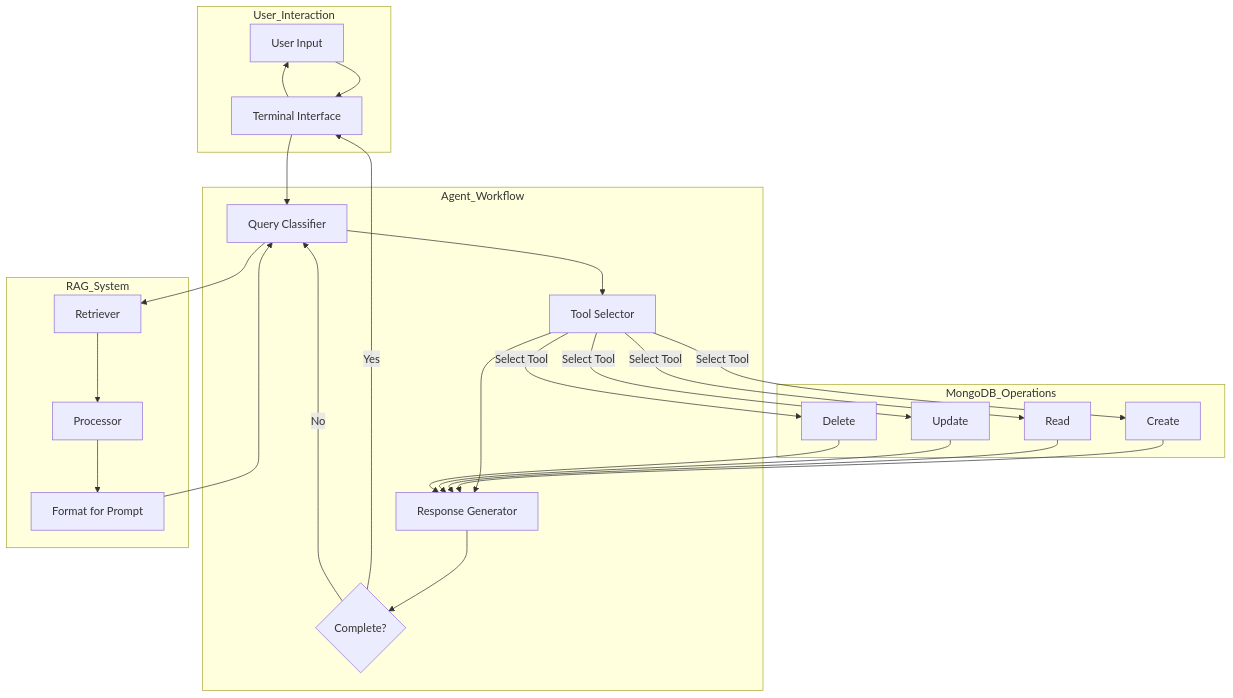
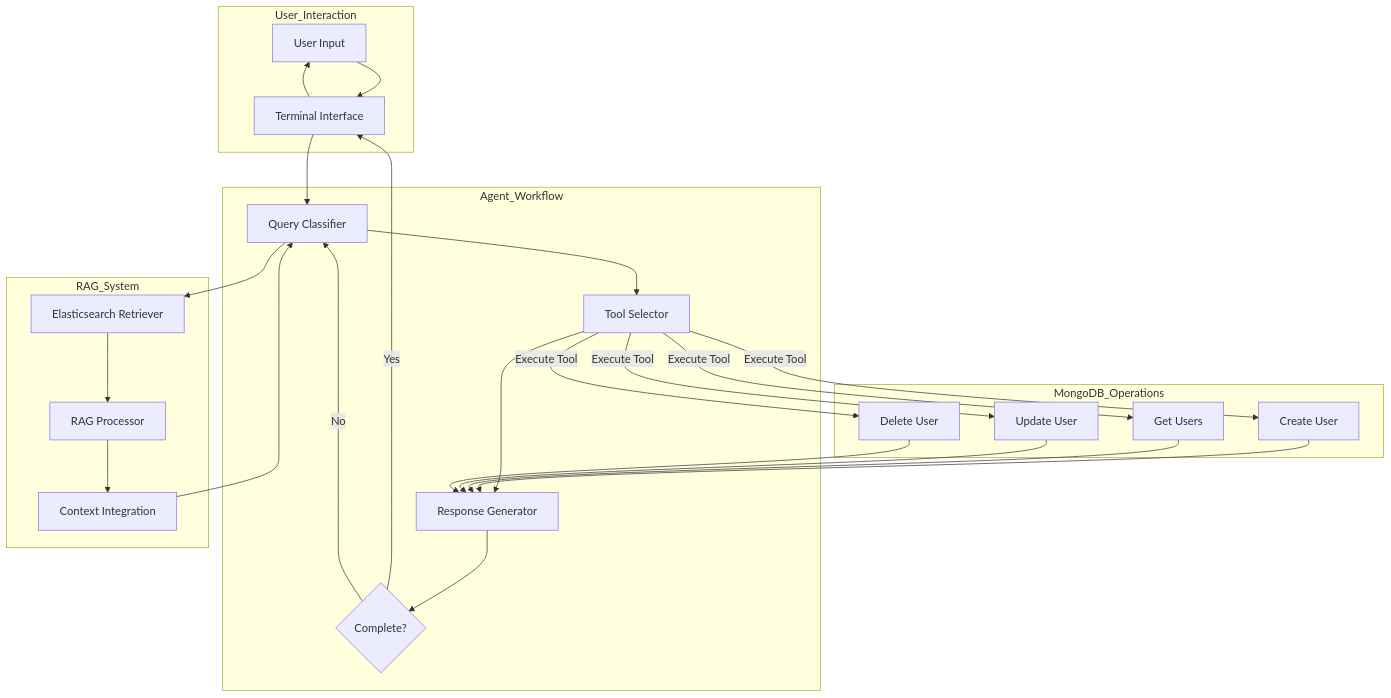
Before and after one commit to Pratham2403/chat-tool: the diagram in README.md, drawn with Mermaid. The commit also changed other lines of this file and 9 other files, not shown here.

````diff
--- a/README.md
+++ b/README.md
@@ -23,39 +23,39 @@
 ```mermaid
 graph TD
     subgraph User_Interaction
         A[User Input] --> B[Terminal Interface]
         B --> A
     end
 
     subgraph Agent_Workflow
         C[Query Classifier] --> D[Tool Selector]
         D --> E[Response Generator]
         E --> F{Complete?}
         F -->|Yes| B
         F -->|No| C
     end
 
     subgraph RAG_System
-        G[Retriever] --> H[Processor]
-        H --> I[Format for Prompt]
+        G[Elasticsearch Retriever] --> H[RAG Processor]
+        H --> I[Context Integration]
     end
 
     subgraph MongoDB_Operations
-        J[Create]
-        K[Read]
-        L[Update]
-        M[Delete]
+        J[Create User]
+        K[Get Users]
+        L[Update User]
+        M[Delete User]
     end
 
     B --> C
     C --> G
     I --> C
-    D -->|Select Tool| J
-    D -->|Select Tool| K
-    D -->|Select Tool| L
-    D -->|Select Tool| M
+    D -->|Execute Tool| J
+    D -->|Execute Tool| K
+    D -->|Execute Tool| L
+    D -->|Execute Tool| M
     J --> E
     K --> E
     L --> E
     M --> E
 ```
````
